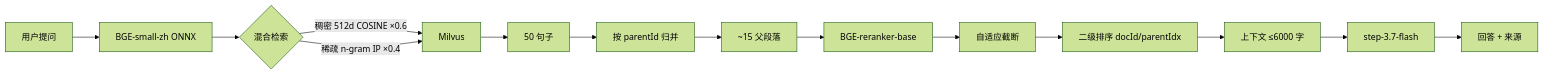
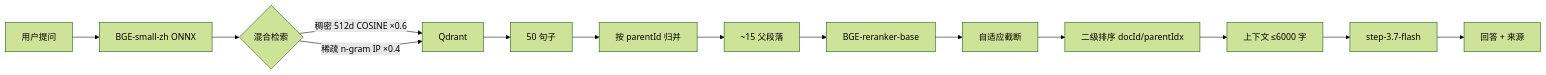
Before and after one commit to L123121/Vue3_WUT_LLM: the fourth of 6 diagrams in architecture.md, drawn with Mermaid (forest theme). The commit also changed other lines of this file and 89 other files, not shown here.

````diff
--- a/architecture.md
+++ b/architecture.md
@@ -302,16 +303,16 @@
 ```mermaid
 graph LR
     A[用户提问] --> B[BGE-small-zh ONNX]
     B --> C{混合检索}
-    C -->|稠密 512d COSINE ×0.6| D[Milvus]
+    C -->|稠密 512d COSINE ×0.6| D[Qdrant]
     C -->|稀疏 n-gram IP ×0.4| D
     D --> E[50 句子]
     E --> F[按 parentId 归并]
     F --> G[~15 父段落]
     G --> H[BGE-reranker-base]
     H --> I[自适应截断]
     I --> J[二级排序 docId/parentIdx]
     J --> K[上下文 ≤6000 字]
     K --> L[step-3.7-flash]
     L --> M[回答 + 来源]
 ```
````
